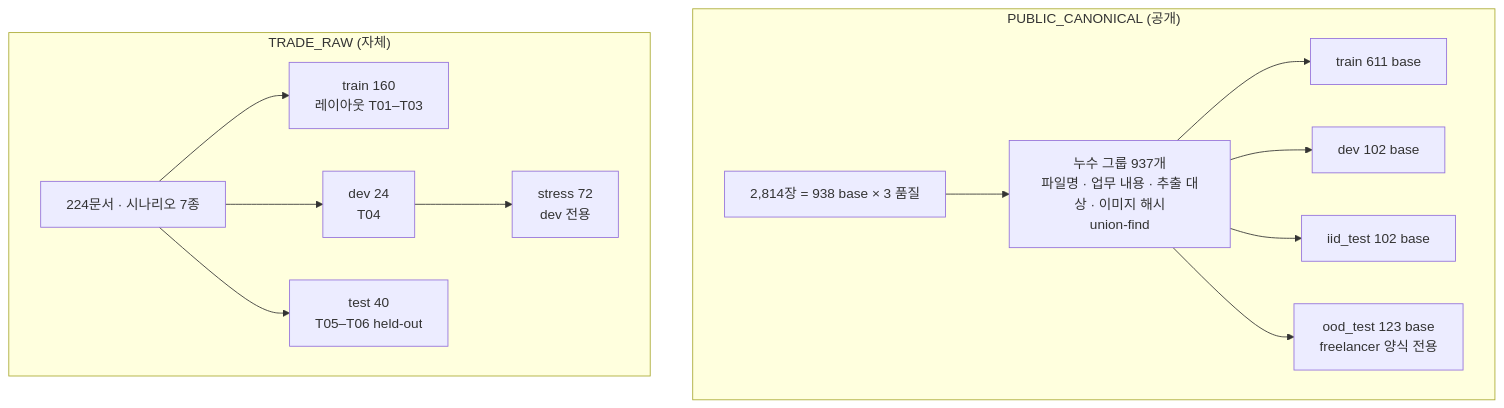
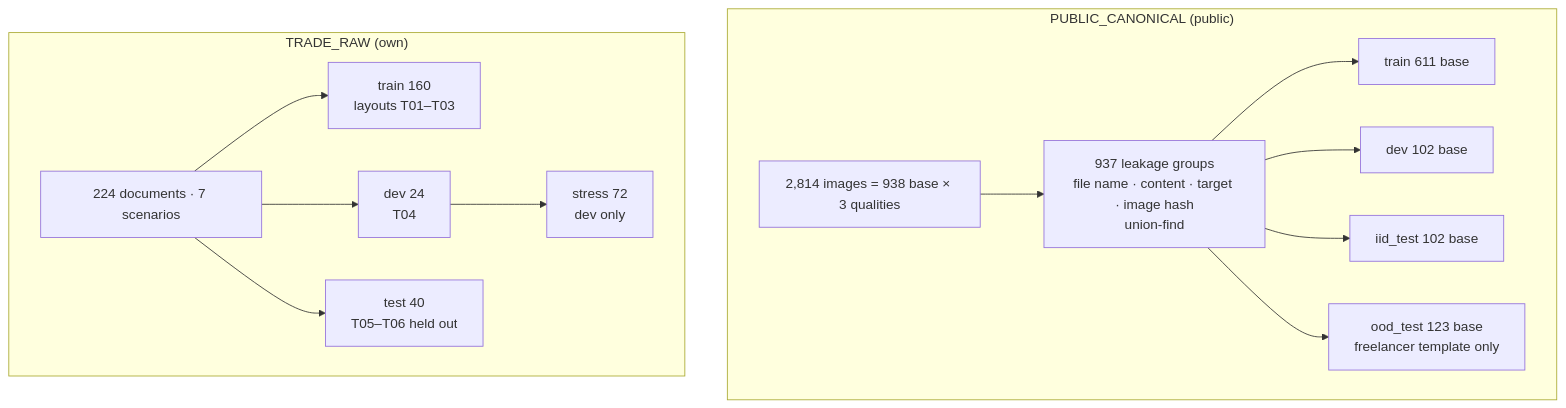
One commit to TaeyanG4/invoiceguard-po changed the second of 4 diagrams in README.md. Above: the diagram before and after it, drawn with Mermaid. The commit also changed other lines of this file and 16 other files, not shown here.

First line of the commit message:
README: English by default with a Korean version, readable tables, and bilingual charts

````diff
--- a/README.md
+++ b/README.md
@@ -99,16 +142,16 @@
 ```mermaid
 flowchart TB
-  subgraph PUB["PUBLIC_CANONICAL (공개)"]
-    P0["2,814장 = 938 base × 3 품질"] --> P1["누수 그룹 937개<br/>파일명 · 업무 내용 · 추출 대상 · 이미지 해시<br/>union-find"]
+  subgraph PUB["PUBLIC_CANONICAL (public)"]
+    P0["2,814 images = 938 base × 3 qualities"] --> P1["937 leakage groups<br/>file name · content · target · image hash<br/>union-find"]
     P1 --> PT["train 611 base"]
     P1 --> PD["dev 102 base"]
     P1 --> PI["iid_test 102 base"]
-    P1 --> PO["ood_test 123 base<br/>freelancer 양식 전용"]
+    P1 --> PO["ood_test 123 base<br/>freelancer template only"]
   end
-  subgraph OWN["TRADE_RAW (자체)"]
-    O0["224문서 · 시나리오 7종"] --> OT["train 160<br/>레이아웃 T01–T03"]
+  subgraph OWN["TRADE_RAW (own)"]
+    O0["224 documents · 7 scenarios"] --> OT["train 160<br/>layouts T01–T03"]
     O0 --> OD["dev 24<br/>T04"]
-    O0 --> OX["test 40<br/>T05–T06 held-out"]
-    OD --> OS["stress 72<br/>dev 전용"]
+    O0 --> OX["test 40<br/>T05–T06 held out"]
+    OD --> OS["stress 72<br/>dev only"]
   end
 ```
````
